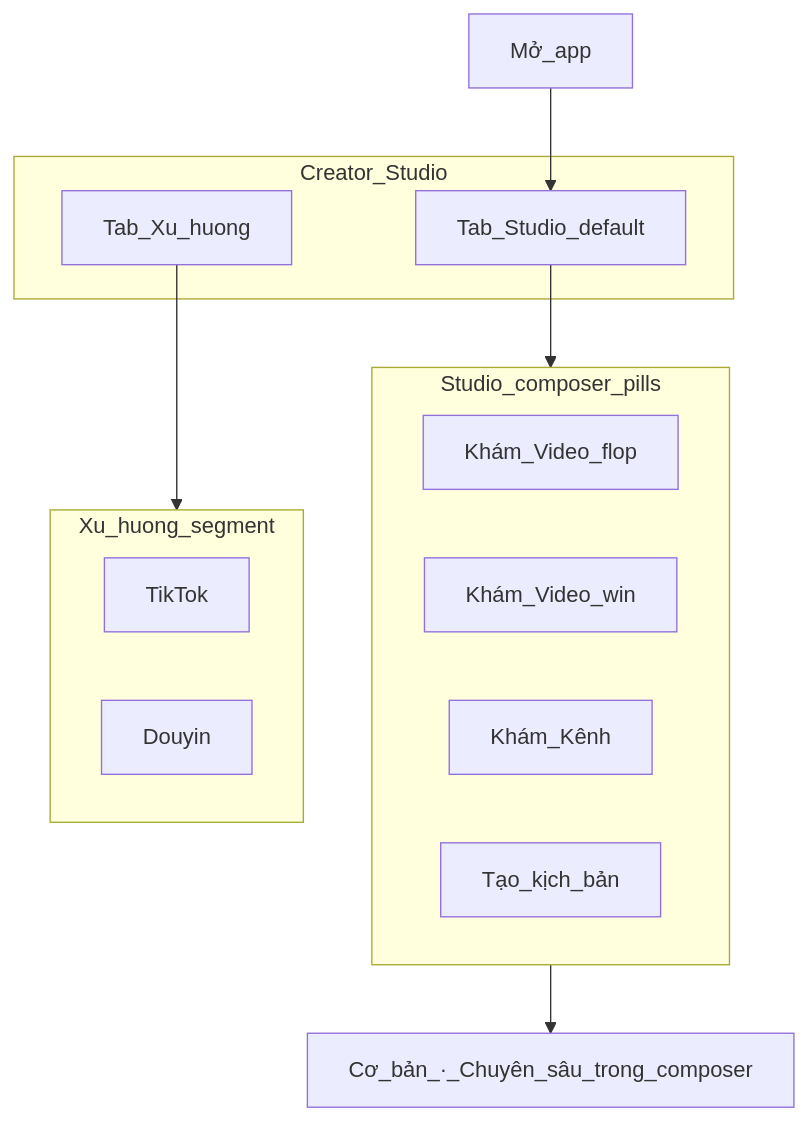
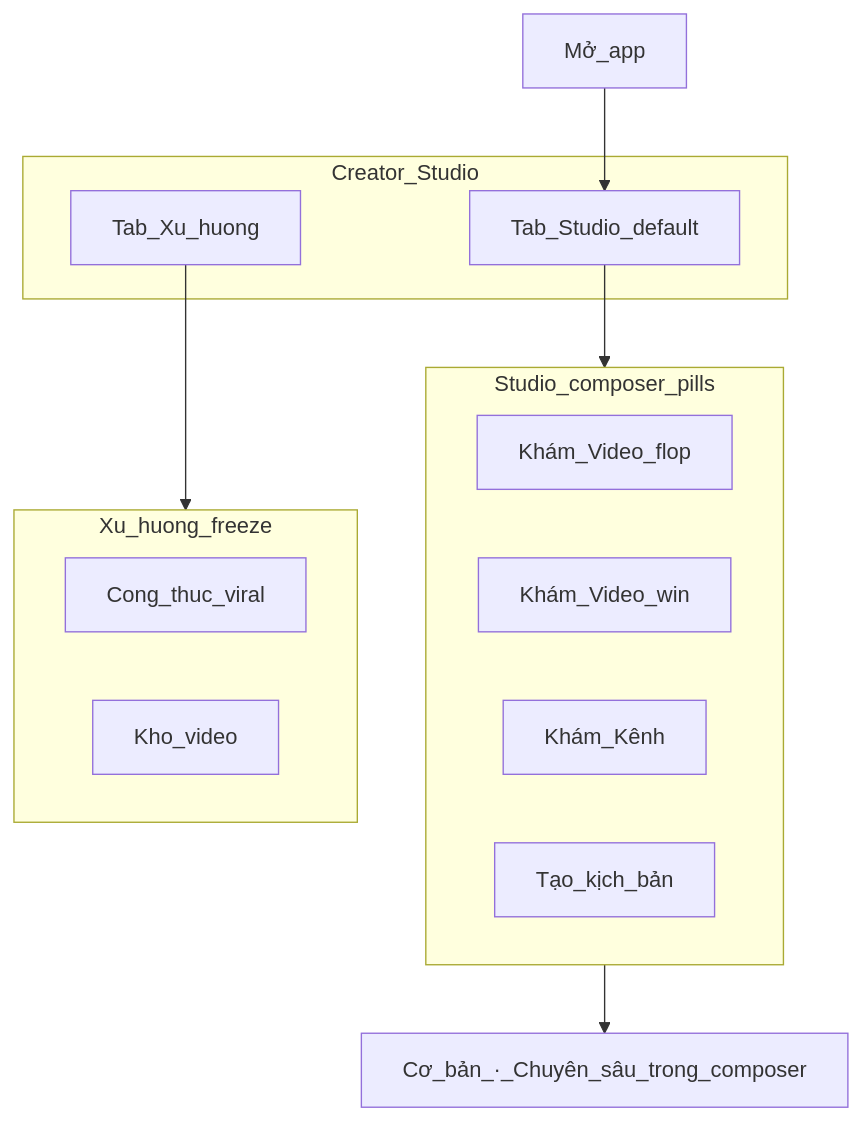
The second of 8 diagrams in artifacts/docs/feature-map-v1.md (tad-agentics/getviews.vn), drawn with Mermaid before and after one commit. The commit also changed other lines of this file and 1 other file, not shown here.

````diff
--- a/artifacts/docs/feature-map-v1.md
+++ b/artifacts/docs/feature-map-v1.md
@@ -75,21 +86,21 @@
 ```mermaid
 flowchart TB
   open[Mở_app] --> ST
   subgraph cs [Creator_Studio]
     ST[Tab_Studio_default]
     XH[Tab_Xu_huong]
   end
   subgraph pills [Studio_composer_pills]
     P1[Khám_Video_flop]
     P2[Khám_Video_win]
     P3[Khám_Kênh]
     P4[Tạo_kịch_bản]
   end
-  subgraph modes [Xu_huong_segment]
-    M1[TikTok]
-    M2[Douyin]
+  subgraph xh [Xu_huong_freeze]
+    X1[Cong_thuc_viral]
+    X2[Kho_video]
   end
   ST --> pills
-  XH --> modes
+  XH --> xh
   pills --> depth[Cơ_bản_·_Chuyên_sâu_trong_composer]
 ```
````
